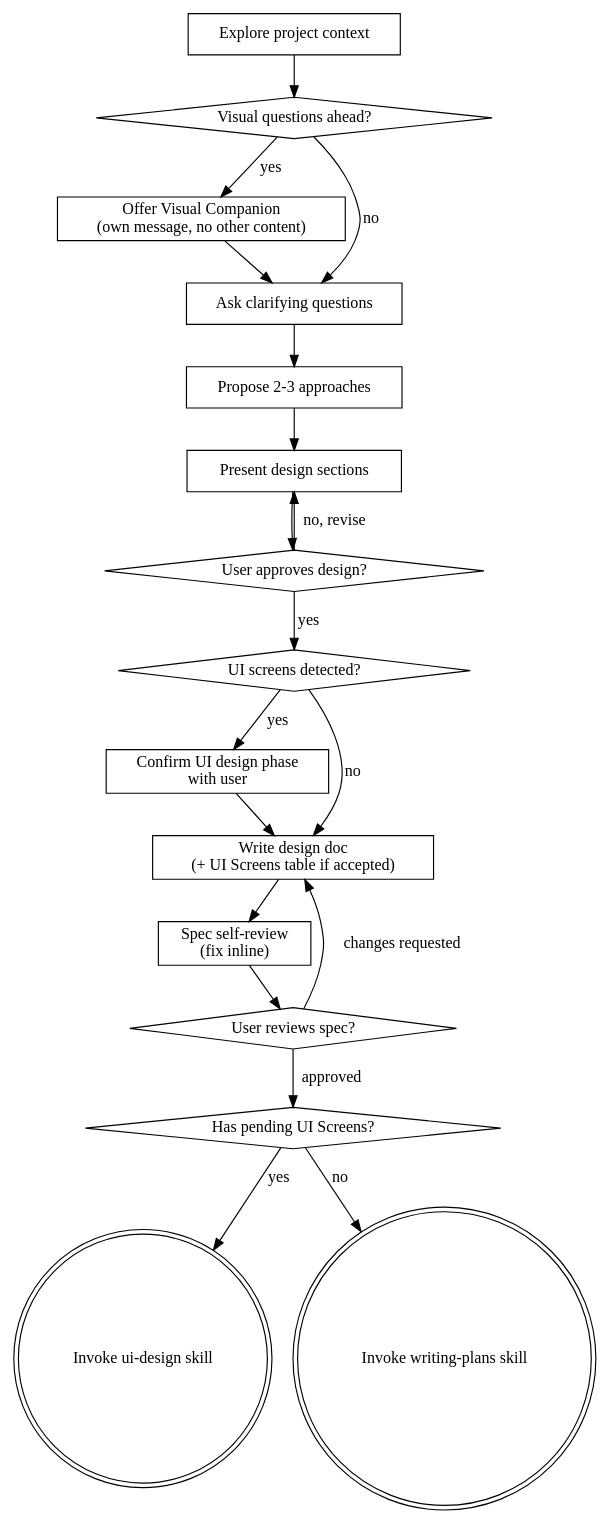
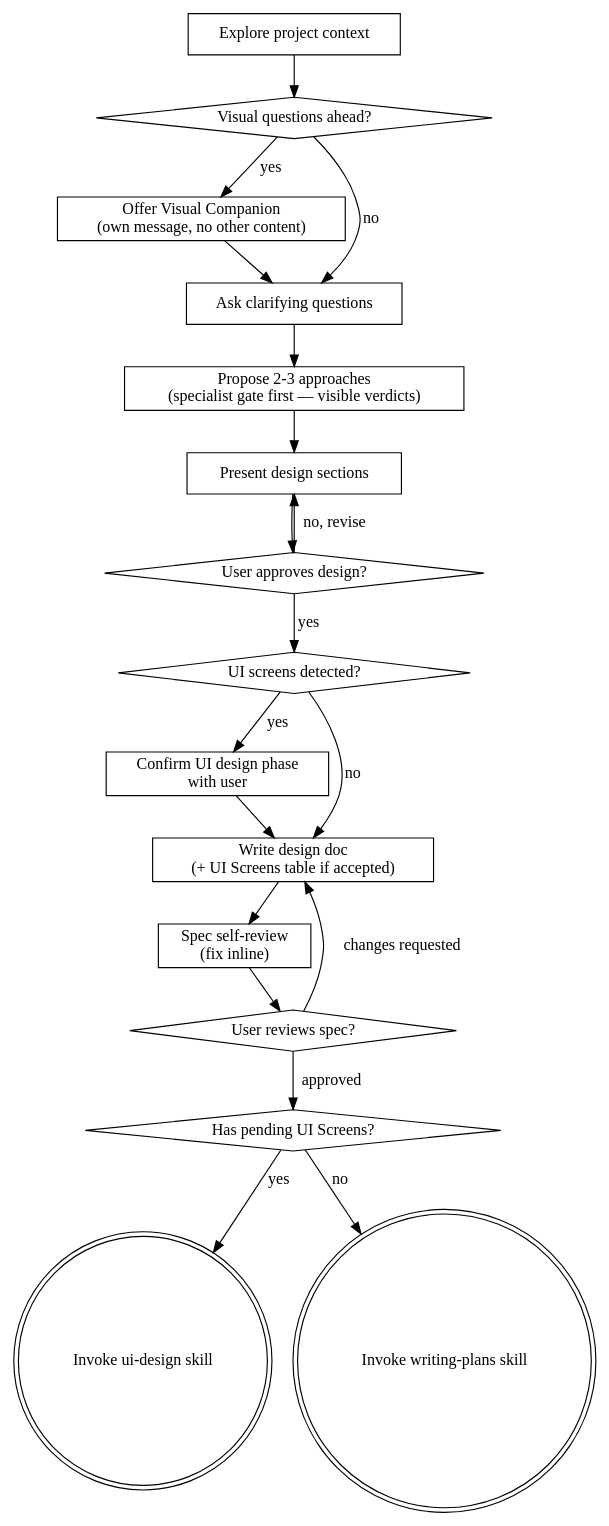
One commit to Kodria/awm-baseline-registry changed the diagram in skills/brainstorming/SKILL.md. Above: the diagram before and after it, drawn with Graphviz. The commit also changed other lines of this file and 29 other files, not shown here.

Commit message:
Flow-cleanup: skills de arquitectura/advisory (Parte 1 reformulada de #6) (#13)

````diff
--- a/skills/brainstorming/SKILL.md
+++ b/skills/brainstorming/SKILL.md
@@ -68,38 +68,38 @@
 ```dot
 digraph brainstorming {
     "Explore project context" [shape=box];
     "Visual questions ahead?" [shape=diamond];
     "Offer Visual Companion\n(own message, no other content)" [shape=box];
     "Ask clarifying questions" [shape=box];
-    "Propose 2-3 approaches" [shape=box];
+    "Propose 2-3 approaches" [shape=box, label="Propose 2-3 approaches\n(specialist gate first — visible verdicts)"];
     "Present design sections" [shape=box];
     "User approves design?" [shape=diamond];
     "UI screens detected?" [shape=diamond];
     "Confirm UI design phase\nwith user" [shape=box];
     "Write design doc\n(+ UI Screens table if accepted)" [shape=box];
     "Spec self-review\n(fix inline)" [shape=box];
     "User reviews spec?" [shape=diamond];
     "Has pending UI Screens?" [shape=diamond];
     "Invoke ui-design skill" [shape=doublecircle];
     "Invoke writing-plans skill" [shape=doublecircle];
 
     "Explore project context" -> "Visual questions ahead?";
     "Visual questions ahead?" -> "Offer Visual Companion\n(own message, no other content)" [label="yes"];
     "Visual questions ahead?" -> "Ask clarifying questions" [label="no"];
     "Offer Visual Companion\n(own message, no other content)" -> "Ask clarifying questions";
     "Ask clarifying questions" -> "Propose 2-3 approaches";
     "Propose 2-3 approaches" -> "Present design sections";
     "Present design sections" -> "User approves design?";
     "User approves design?" -> "Present design sections" [label="no, revise"];
     "User approves design?" -> "UI screens detected?" [label="yes"];
     "UI screens detected?" -> "Confirm UI design phase\nwith user" [label="yes"];
     "UI screens detected?" -> "Write design doc\n(+ UI Screens table if accepted)" [label="no"];
     "Confirm UI design phase\nwith user" -> "Write design doc\n(+ UI Screens table if accepted)";
     "Write design doc\n(+ UI Screens table if accepted)" -> "Spec self-review\n(fix inline)";
     "Spec self-review\n(fix inline)" -> "User reviews spec?";
     "User reviews spec?" -> "Write design doc\n(+ UI Screens table if accepted)" [label="changes requested"];
     "User reviews spec?" -> "Has pending UI Screens?" [label="approved"];
     "Has pending UI Screens?" -> "Invoke ui-design skill" [label="yes"];
     "Has pending UI Screens?" -> "Invoke writing-plans skill" [label="no"];
 }
 ```
````
